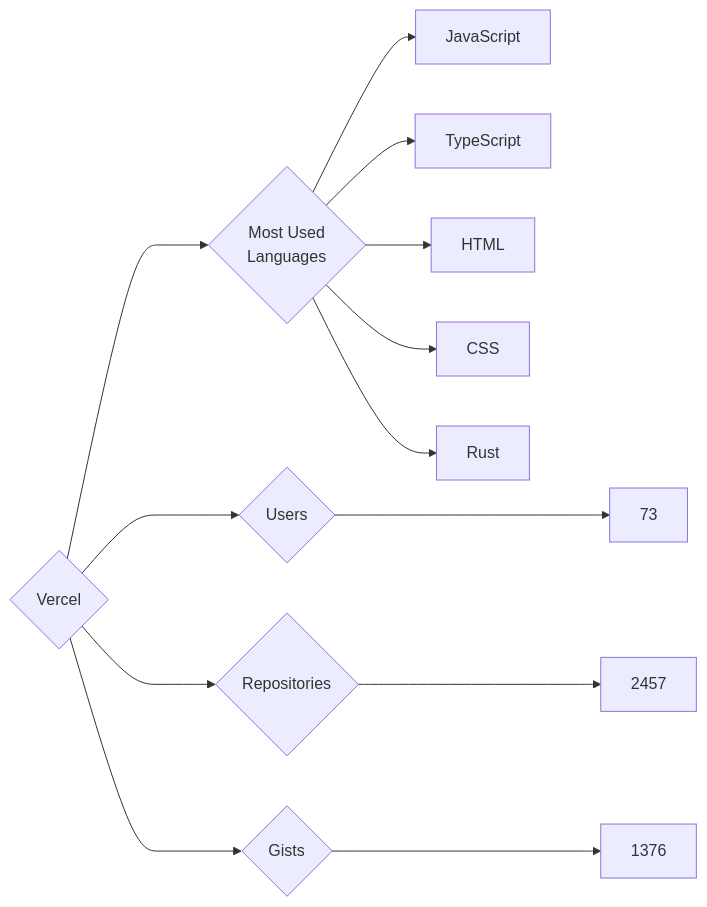
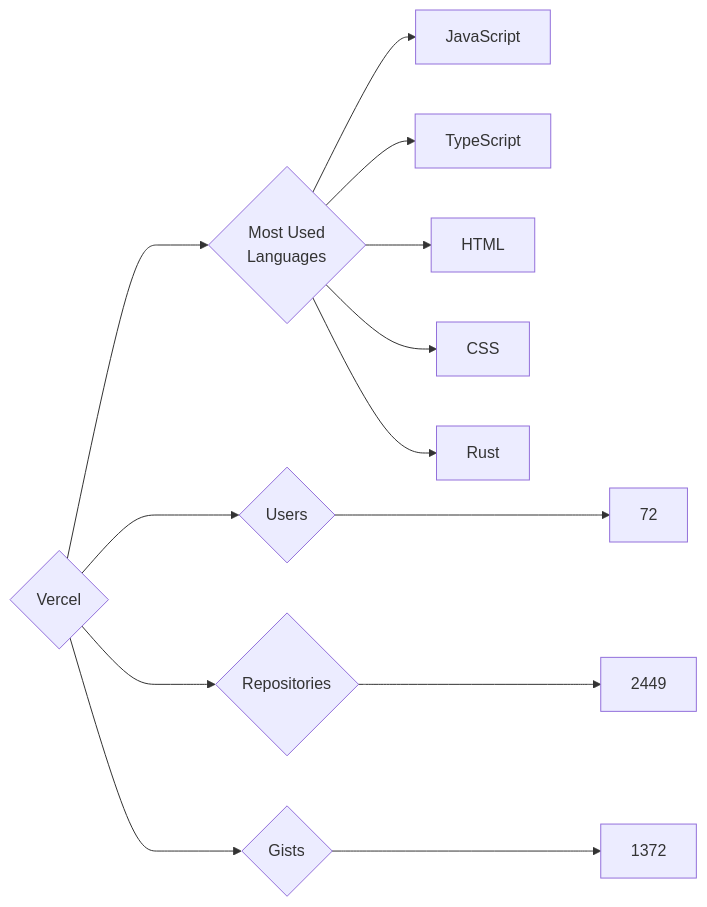
One commit to trickest/insiders changed the diagram in targets/Vercel/README.md. Above: the diagram before and after it, drawn with Mermaid. The commit also changed 995 other files, not shown here.

````diff
--- a/targets/Vercel/README.md
+++ b/targets/Vercel/README.md
@@ -3,13 +3,13 @@
 ```mermaid
 graph LR
 COMPANY_NAME{Vercel}
-COMPANY_NAME ---> U{Users} ---> UN[73]
-COMPANY_NAME ---> R{Repositories} ---> RN[2457]
-COMPANY_NAME ---> G{Gists} ---> GN[1376]
+COMPANY_NAME ---> U{Users} ---> UN[72]
+COMPANY_NAME ---> R{Repositories} ---> RN[2449]
+COMPANY_NAME ---> G{Gists} ---> GN[1372]
 COMPANY_NAME ---> ML{Most Used<br>Languages}
 ML --> JavaScript[JavaScript]
 ML --> TypeScript[TypeScript]
 ML --> HTML[HTML]
 ML --> CSS[CSS]
 ML --> Rust[Rust]
 ```
````
